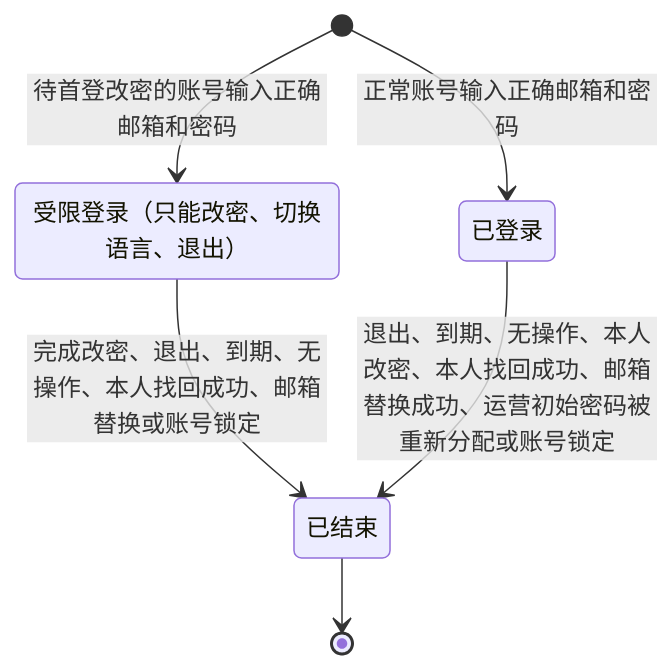
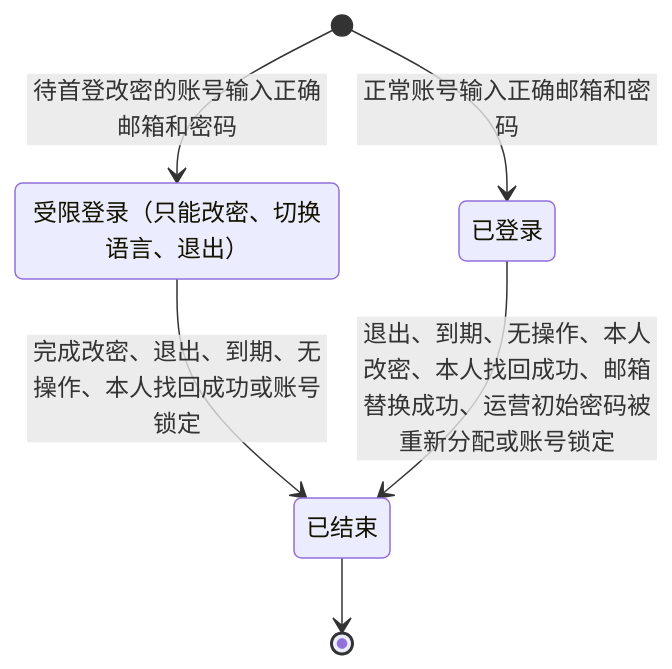
Before and after one commit to wxblockchain/Chain-Financing: the fifth of 8 diagrams in token-issuance-platform/PRD/管理端/M5-管理端登录与权限/02-管理端登录与权限-流程图与状态机.md, drawn with Mermaid. The commit also changed other lines of this file and 10 other files, not shown here.

````diff
--- a/token-issuance-platform/PRD/管理端/M5-管理端登录与权限/02-管理端登录与权限-流程图与状态机.md
+++ b/token-issuance-platform/PRD/管理端/M5-管理端登录与权限/02-管理端登录与权限-流程图与状态机.md
@@ -111,11 +110,11 @@
 ```mermaid
 stateDiagram-v2
     state "受限登录（只能改密、切换语言、退出）" as R
     state "已登录" as L
     state "已结束" as E
     [*] --> R: 待首登改密的账号输入正确邮箱和密码
     [*] --> L: 正常账号输入正确邮箱和密码
-    R --> E: 完成改密、退出、到期、无操作、本人找回成功、邮箱替换或账号锁定
+    R --> E: 完成改密、退出、到期、无操作、本人找回成功或账号锁定
     L --> E: 退出、到期、无操作、本人改密、本人找回成功、邮箱替换成功、运营初始密码被重新分配或账号锁定
     E --> [*]
 ```
````
